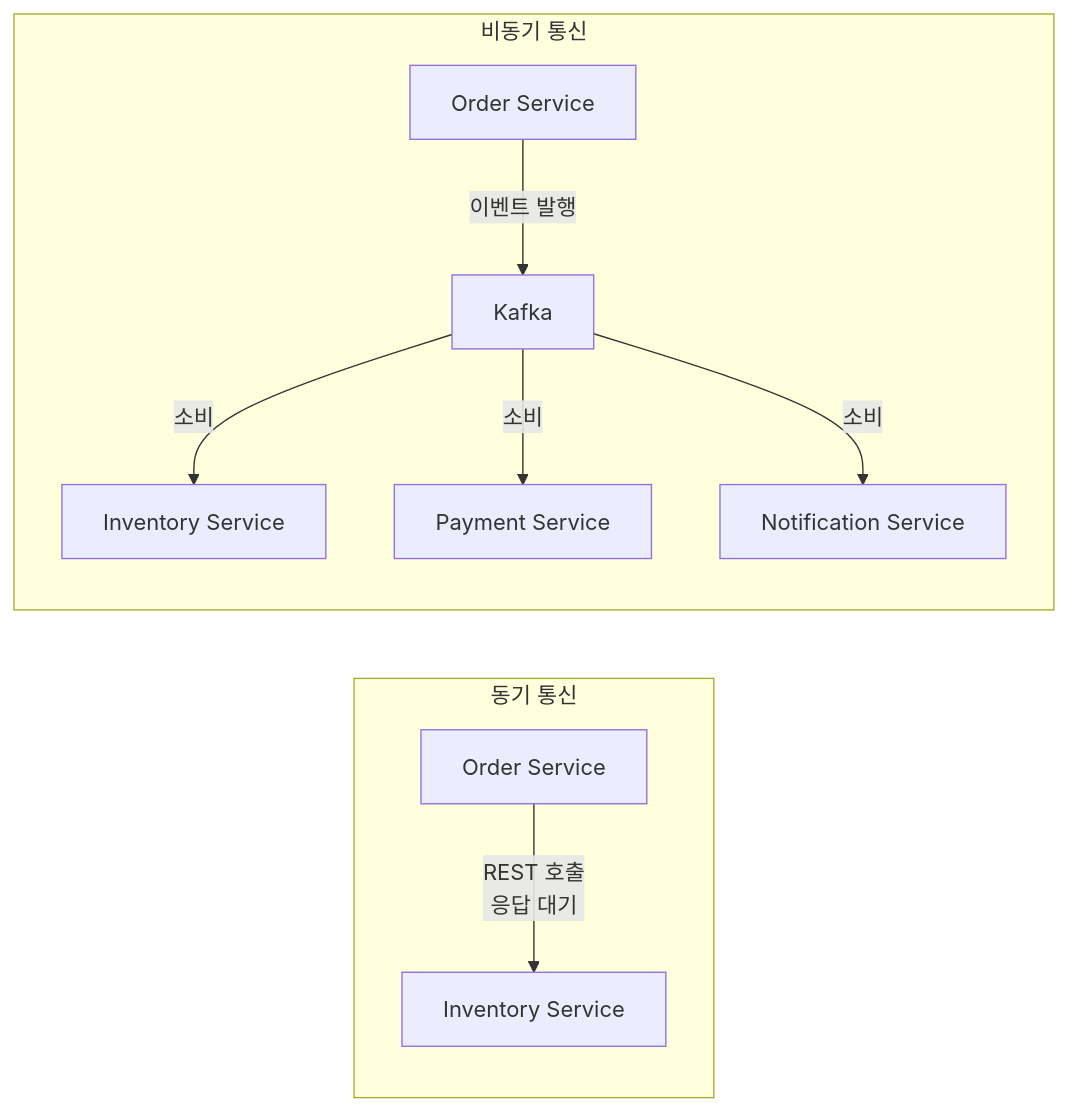
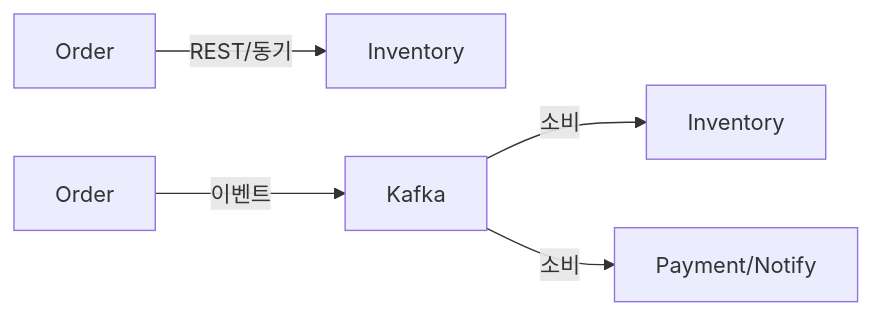
One commit to yjkim2015/yjkim2015.github.io changed the second of 4 diagrams in _posts/architecture/2026-05-01-msa.md. Above: the diagram before and after it, drawn with Mermaid. The commit also changed other lines of this file and 155 other files, not shown here.

First line of the commit message:
Mermaid 전면 수정: subgraph 제거, participant/노드/줄수 축소 (342블록)

````diff
--- a/_posts/architecture/2026-05-01-msa.md
+++ b/_posts/architecture/2026-05-01-msa.md
@@ -161,12 +161,7 @@
 ```mermaid
 graph LR
-    subgraph "동기 통신"
-        OS1[Order Service] -->|REST 호출\n응답 대기| IS1[Inventory Service]
-    end
-    subgraph "비동기 통신"
-        OS2[Order Service] -->|이벤트 발행| KB[Kafka]
-        KB -->|소비| IS2[Inventory Service]
-        KB -->|소비| PS2[Payment Service]
-        KB -->|소비| NS2[Notification Service]
-    end
+    OS1["Order"] -->|"REST/동기"| IS1["Inventory"]
+    OS2["Order"] -->|"이벤트"| KB["Kafka"]
+    KB -->|"소비"| IS2["Inventory"]
+    KB -->|"소비"| PS2["Payment/Notify"]
 ```
````
